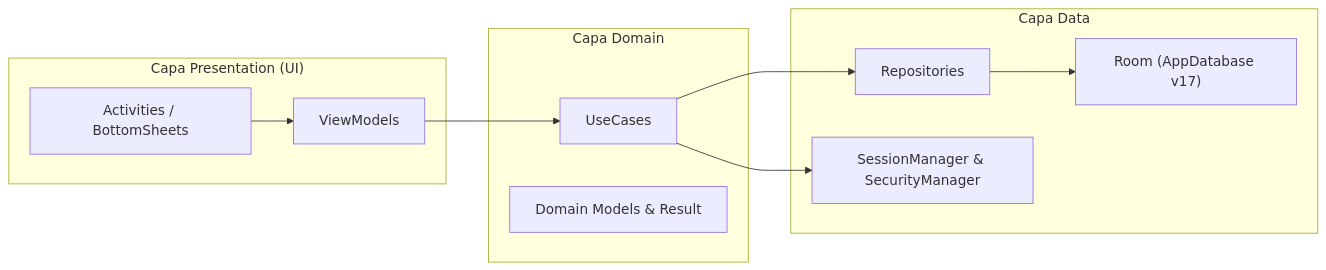
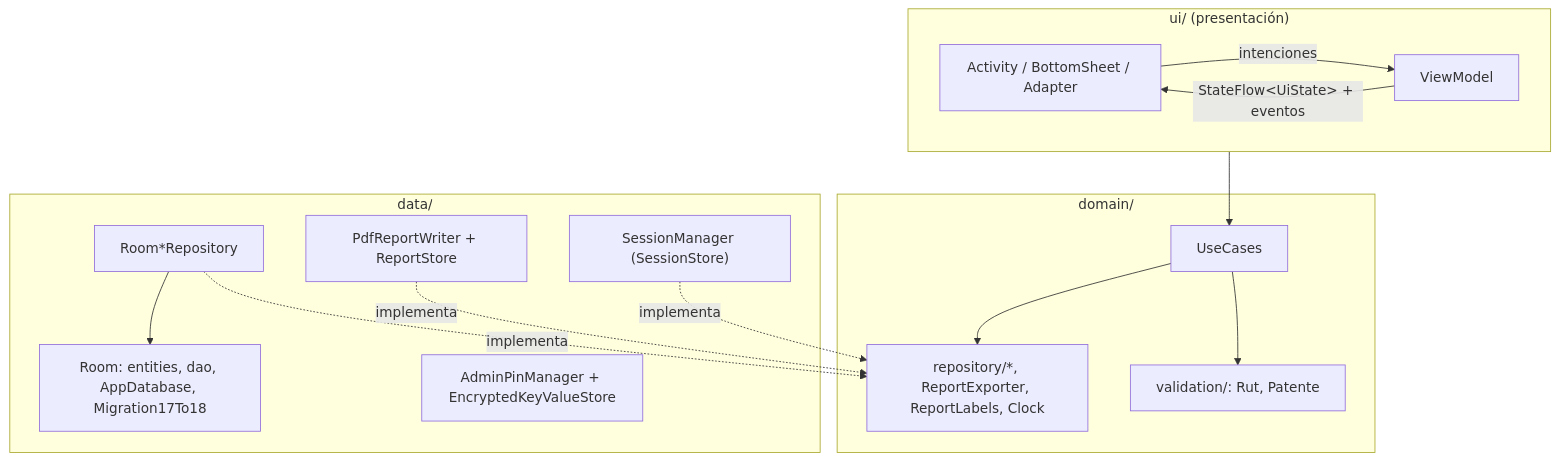
Before and after one commit to dur1al/controlate-android: the first of 3 diagrams in docs/ARCHITECTURE.md, drawn with Mermaid. The commit also changed other lines of this file and 199 other files, not shown here.

Commit message:
diagramas de pipeline pdf e integridad operativa docs/diagrams.md

````diff
--- a/docs/ARCHITECTURE.md
+++ b/docs/ARCHITECTURE.md
@@ -7,22 +9,27 @@
 ```mermaid
-flowchart LR
-    subgraph Presentation["Capa Presentation (UI)"]
-        ACT["Activities / BottomSheets"]
-        VM["ViewModels"]
+flowchart TB
+    subgraph ui["ui/ (presentación)"]
+        direction LR
+        ACT["Activity / BottomSheet / Adapter"] -->|intenciones| VM["ViewModel"]
+        VM -->|StateFlow&lt;UiState&gt; + eventos| ACT
     end
-    subgraph Domain["Capa Domain"]
+    subgraph domain["domain/"]
         UC["UseCases"]
-        MOD["Domain Models & Result"]
+        CONTRACTS["repository/*, ReportExporter, ReportLabels, Clock"]
+        VAL["validation/: Rut, Patente"]
     end
-    subgraph Data["Capa Data"]
-        REPO["Repositories"]
-        ROOM["Room (AppDatabase v17)"]
-        PREFS["SessionManager & SecurityManager"]
+    subgraph data["data/"]
+        ROOM["Room: entities, dao, AppDatabase, Migration17To18"]
+        REPO["Room*Repository"]
+        PDFW["PdfReportWriter + ReportStore"]
+        SEC["AdminPinManager + EncryptedKeyValueStore"]
+        SES["SessionManager (SessionStore)"]
     end
-
-    ACT --> VM
     VM --> UC
-    UC --> REPO
+    UC --> CONTRACTS
+    UC --> VAL
+    REPO -. implementa .-> CONTRACTS
+    PDFW -. implementa .-> CONTRACTS
+    SES -. implementa .-> CONTRACTS
     REPO --> ROOM
-    UC --> PREFS
 ```
````
